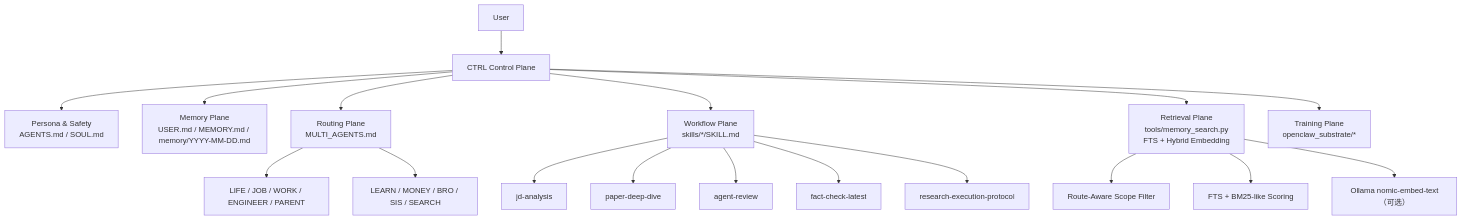
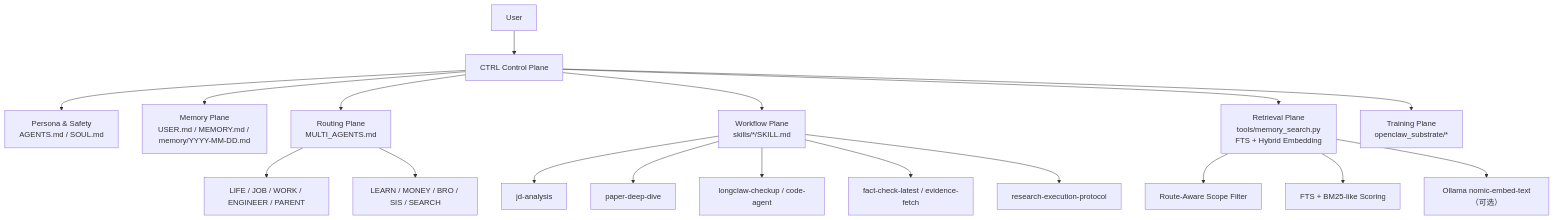
Before and after one commit to jinglong92/longClaw: the first of 2 diagrams in README.md, drawn with Mermaid. The commit also changed other lines of this file and 10 other files, not shown here.

First line of the commit message:
docs(skills): replace agent-review with runtime checkup

````diff
--- a/README.md
+++ b/README.md
@@ -350,24 +337,24 @@
 ```mermaid
 flowchart TD
     U["User"] --> C["CTRL Control Plane"]
 
     C --> P["Persona & Safety\nAGENTS.md / SOUL.md"]
     C --> M["Memory Plane\nUSER.md / MEMORY.md / memory/YYYY-MM-DD.md"]
     C --> R["Routing Plane\nMULTI_AGENTS.md"]
     C --> W["Workflow Plane\nskills/*/SKILL.md"]
     C --> RET["Retrieval Plane\ntools/memory_search.py\nFTS + Hybrid Embedding"]
     C --> T["Training Plane\nopenclaw_substrate/*"]
 
     R --> S1["LIFE / JOB / WORK / ENGINEER / PARENT"]
     R --> S2["LEARN / MONEY / BRO / SIS / SEARCH"]
 
     W --> K1["jd-analysis"]
     W --> K2["paper-deep-dive"]
-    W --> K3["agent-review"]
-    W --> K4["fact-check-latest"]
+    W --> K3["longclaw-checkup / code-agent"]
+    W --> K4["fact-check-latest / evidence-fetch"]
     W --> K5["research-execution-protocol"]
 
     RET --> RE1["Route-Aware Scope Filter"]
     RET --> RE2["FTS + BM25-like Scoring"]
     RET --> RE3["Ollama nomic-embed-text（可选）"]
 ```
````
